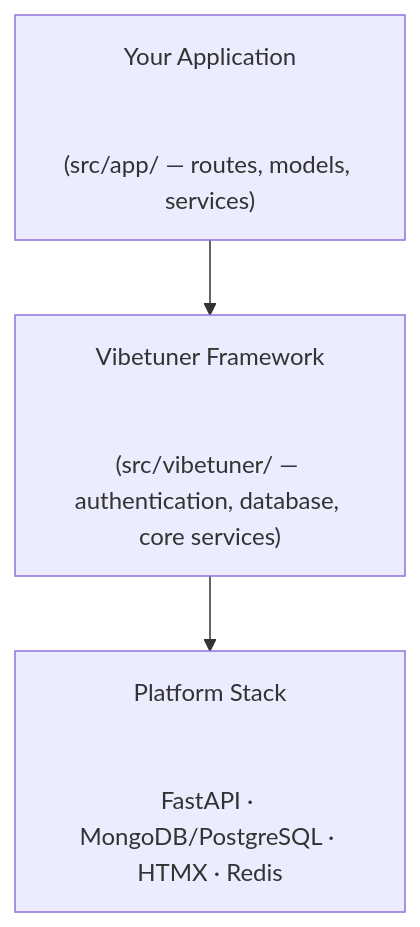
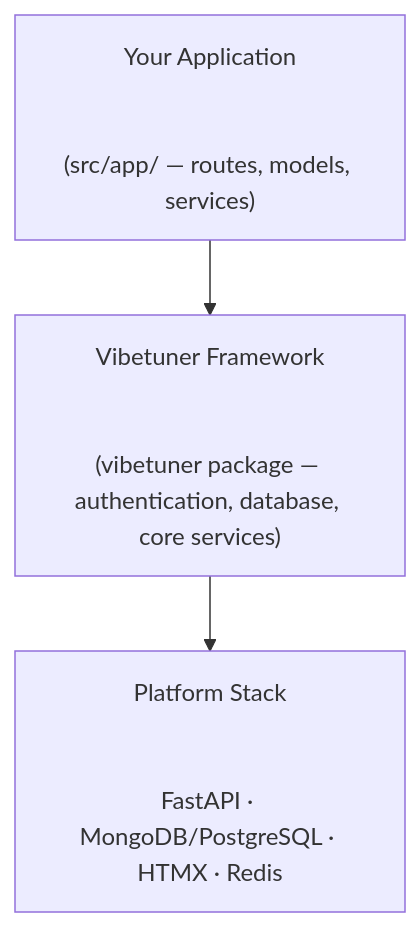
The first of 3 diagrams in vibetuner-docs/docs/architecture.md (alltuner/vibetuner), drawn with Mermaid before and after one commit. The commit also changed other lines of this file and 9 other files, not shown here.

First line of the commit message:
docs: update docs to reflect vibetuner as installed package (#816)

````diff
--- a/vibetuner-docs/docs/architecture.md
+++ b/vibetuner-docs/docs/architecture.md
@@ -9,13 +9,13 @@
 ```mermaid
 flowchart TD
 A["Your Application
 <br />
 (src/app/ — routes, models, services)"]
 B["Vibetuner Framework
 <br />
-(src/vibetuner/ — authentication, database, core services)"]
+(vibetuner package — authentication, database, core services)"]
 C["Platform Stack
 <br />
 FastAPI · MongoDB/PostgreSQL · HTMX · Redis"]
 A --> B --> C
 ```
````
